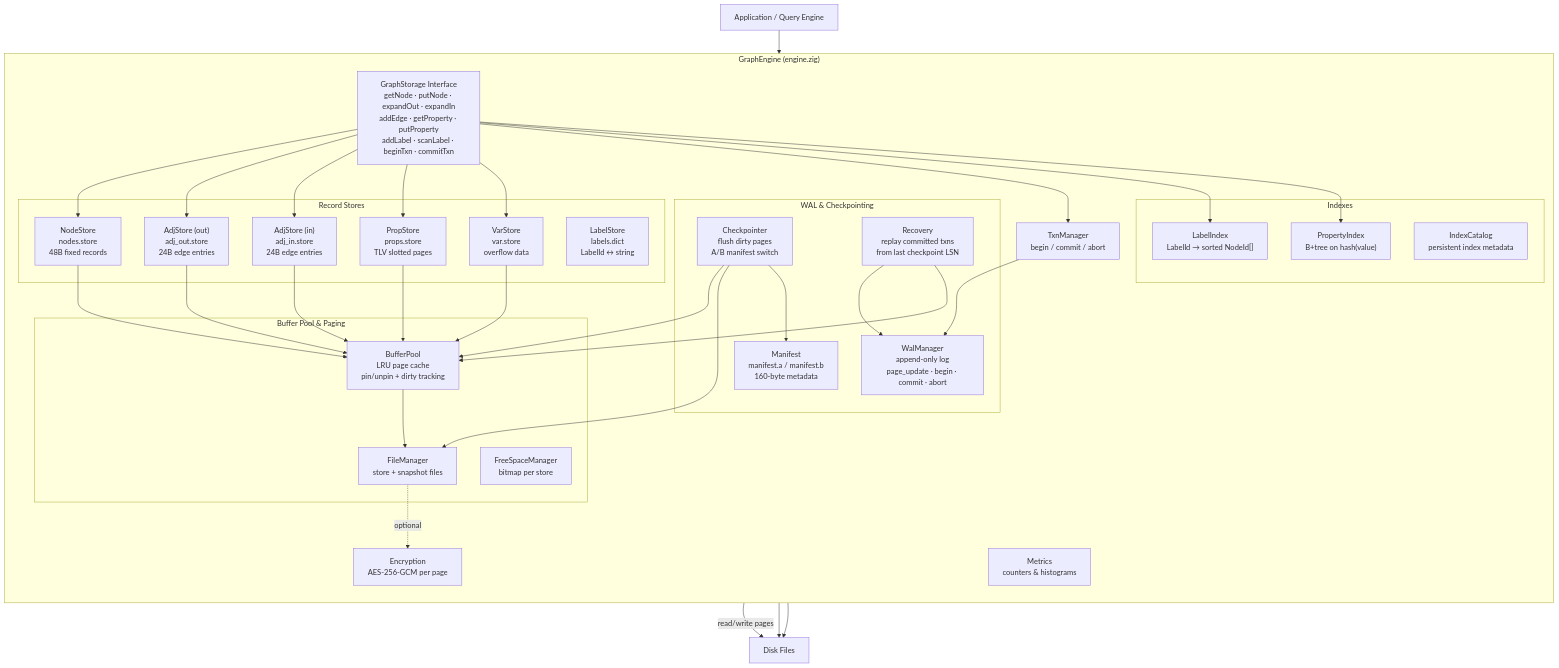
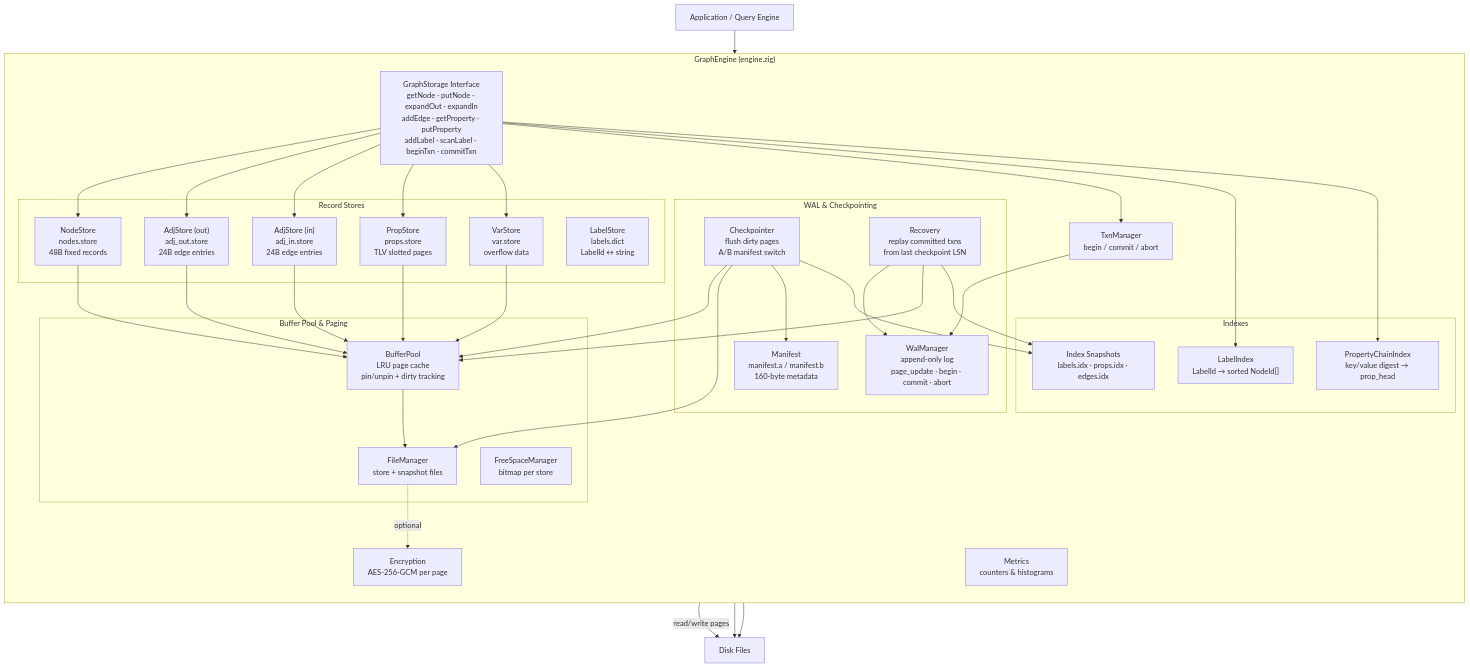
One commit to geodedb/zig-graph-storage changed the first of 5 diagrams in README.md. Above: the diagram before and after it, drawn with Mermaid. The commit also changed other lines of this file and 42 other files, not shown here.

````diff
--- a/README.md
+++ b/README.md
@@ -12,55 +12,57 @@
 ```mermaid
 graph TB
     App["Application / Query Engine"]
 
     subgraph GraphEngine["GraphEngine (engine.zig)"]
         direction TB
         API["GraphStorage Interface<br/>getNode · putNode · expandOut · expandIn<br/>addEdge · getProperty · putProperty<br/>addLabel · scanLabel · beginTxn · commitTxn"]
 
         subgraph Stores["Record Stores"]
             NS["NodeStore<br/>nodes.store<br/>48B fixed records"]
             AO["AdjStore (out)<br/>adj_out.store<br/>24B edge entries"]
             AI["AdjStore (in)<br/>adj_in.store<br/>24B edge entries"]
             PS["PropStore<br/>props.store<br/>TLV slotted pages"]
             VS["VarStore<br/>var.store<br/>overflow data"]
             LS["LabelStore<br/>labels.dict<br/>LabelId ↔ string"]
         end
 
         subgraph Caching["Buffer Pool & Paging"]
             BP["BufferPool<br/>LRU page cache<br/>pin/unpin + dirty tracking"]
             FM["FileManager<br/>store + snapshot files"]
             FS["FreeSpaceManager<br/>bitmap per store"]
         end
 
         subgraph Durability["WAL & Checkpointing"]
             WAL["WalManager<br/>append-only log<br/>page_update · begin · commit · abort"]
             CK["Checkpointer<br/>flush dirty pages<br/>A/B manifest switch"]
             MF["Manifest<br/>manifest.a / manifest.b<br/>160-byte metadata"]
             REC["Recovery<br/>replay committed txns<br/>from last checkpoint LSN"]
         end
 
         subgraph Indexing["Indexes"]
             LI["LabelIndex<br/>LabelId → sorted NodeId[]"]
-            PI["PropertyIndex<br/>B+tree on hash(value)"]
-            IC["IndexCatalog<br/>persistent index metadata"]
+            PCI["PropertyChainIndex<br/>key/value digest → prop_head"]
+            SNAP["Index Snapshots<br/>labels.idx · props.idx · edges.idx"]
         end
 
         TXN["TxnManager<br/>begin / commit / abort"]
         ENC["Encryption<br/>AES-256-GCM per page"]
         MET["Metrics<br/>counters & histograms"]
     end
 
     App --> API
     API --> NS & AO & AI & PS & VS
     NS & AO & AI & PS & VS --> BP
     BP --> FM
     FM -->|"read/write pages"| Disk["Disk Files"]
     API --> TXN
     TXN --> WAL
     WAL --> Disk
     CK --> BP & FM & MF
     MF --> Disk
     REC --> WAL & BP
-    API --> LI & PI
+    API --> LI & PCI
+    CK --> SNAP
+    REC --> SNAP
     FM -.->|"optional"| ENC
 ```
````
